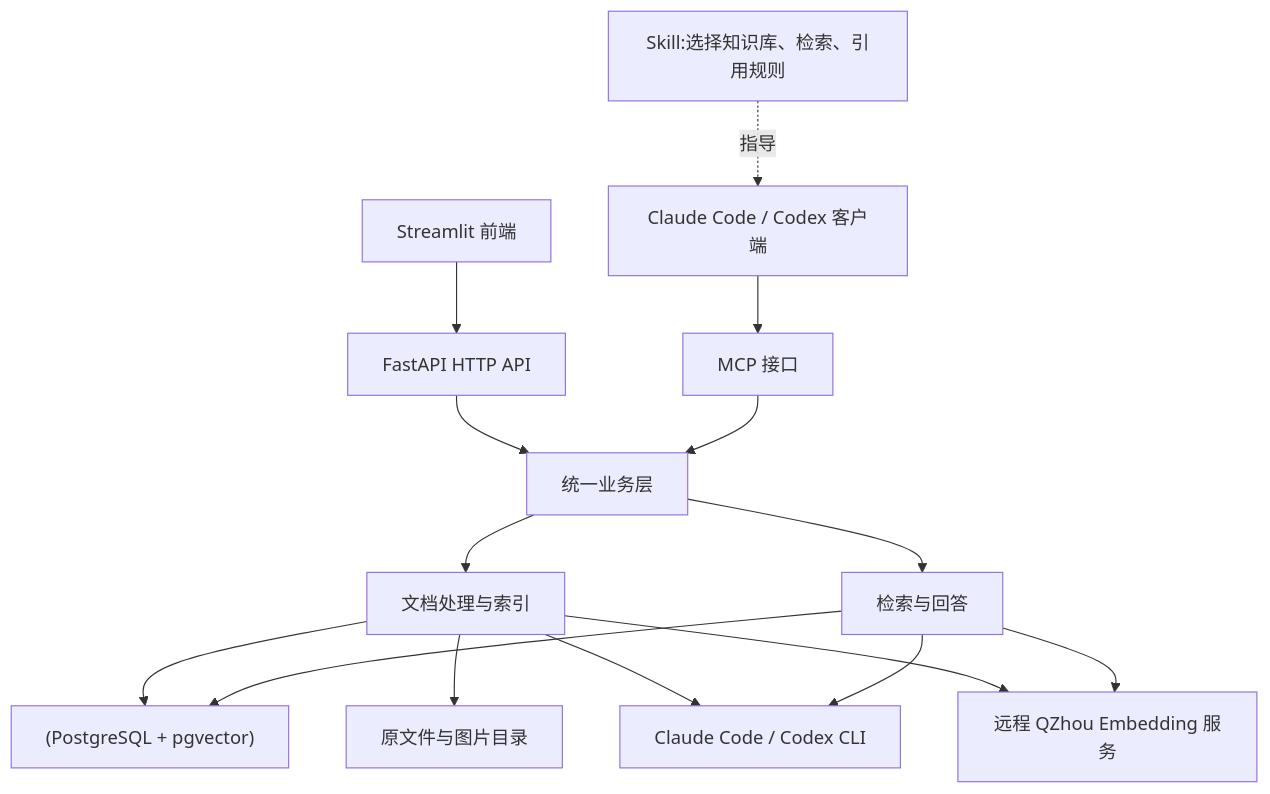
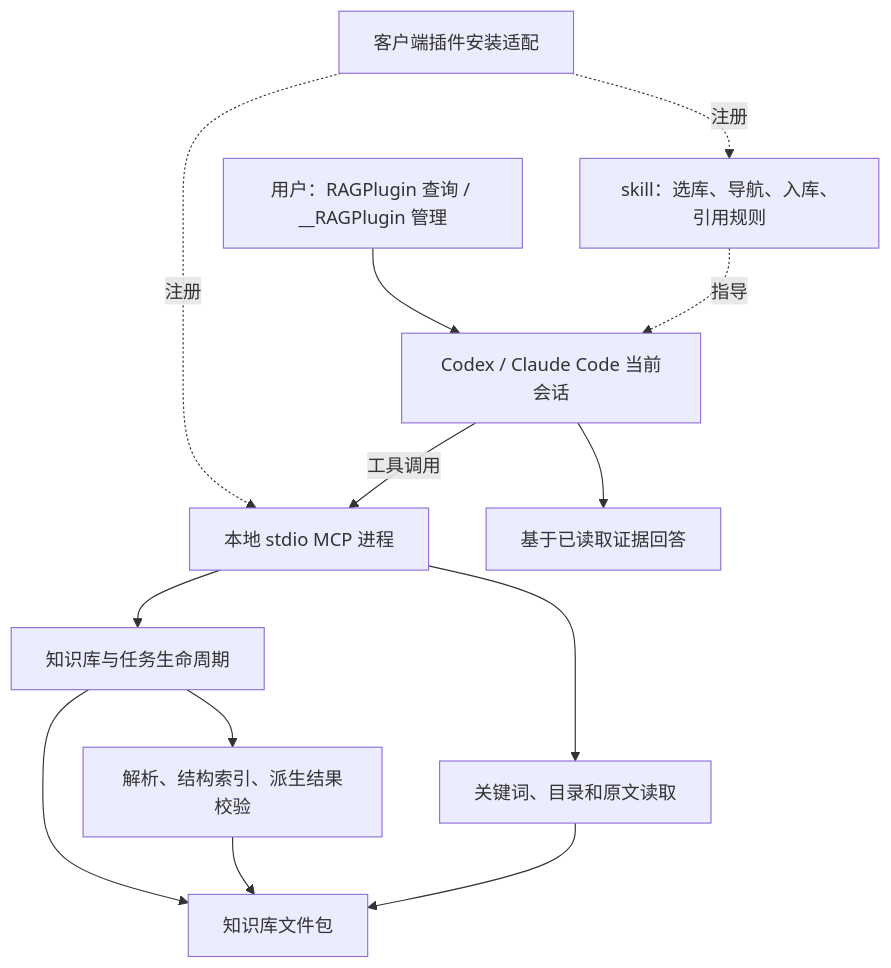
Before and after one commit to LeonLee23/RAG_Plugin: the diagram in 技术方案.md, drawn with Mermaid. The commit also changed other lines of this file and 67 other files, not shown here.

````diff
--- a/技术方案.md
+++ b/技术方案.md
@@ -164,18 +36,15 @@
 ```mermaid
 flowchart TD
-    A["Streamlit 前端"] --> B["FastAPI HTTP API"]
-    C["Claude Code / Codex 客户端"]
-    S["Skill:选择知识库、检索、引用规则"] -.->|指导| C
-    B --> E["统一业务层"]
-    D["MCP 接口"] --> E
-    C --> D
-    E --> F["文档处理与索引"]
-    E --> G["检索与回答"]
-    F --> H["(PostgreSQL + pgvector)"]
-    G --> H
-    F --> I["原文件与图片目录"]
-    F --> J["Claude Code / Codex CLI"]
-    G --> J
-    F --> K["远程 QZhou Embedding 服务"]
-    G --> K
+    U["用户：RAGPlugin 查询 / __RAGPlugin 管理"] --> H["Codex / Claude Code 当前会话"]
+    S["skill：选库、导航、入库、引用规则"] -.->|指导| H
+    P["客户端插件安装适配"] -.->|注册| S
+    P -.->|注册| M["本地 stdio MCP 进程"]
+    H -->|工具调用| M
+    M --> K["知识库与任务生命周期"]
+    M --> R["关键词、目录和原文读取"]
+    K --> I["解析、结构索引、派生结果校验"]
+    K --> F["知识库文件包"]
+    I --> F
+    R --> F
+    H --> A["基于已读取证据回答"]
 ```
````
